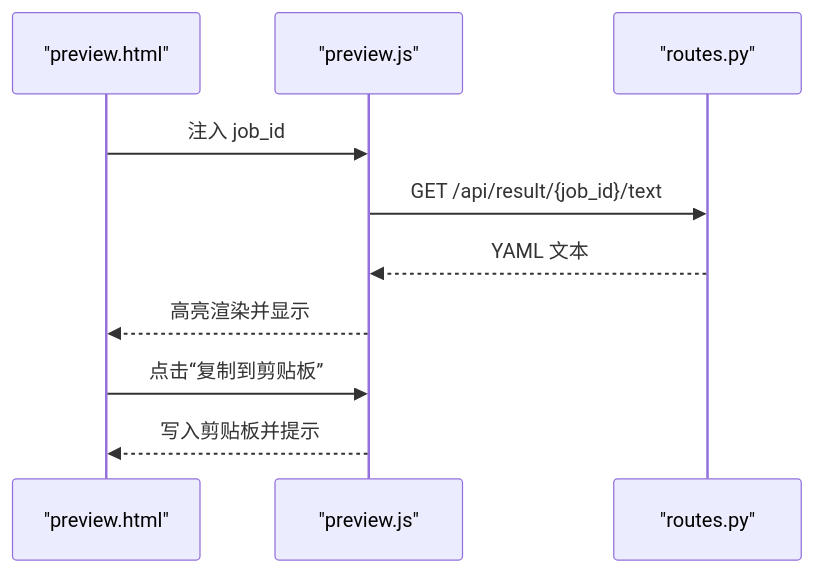
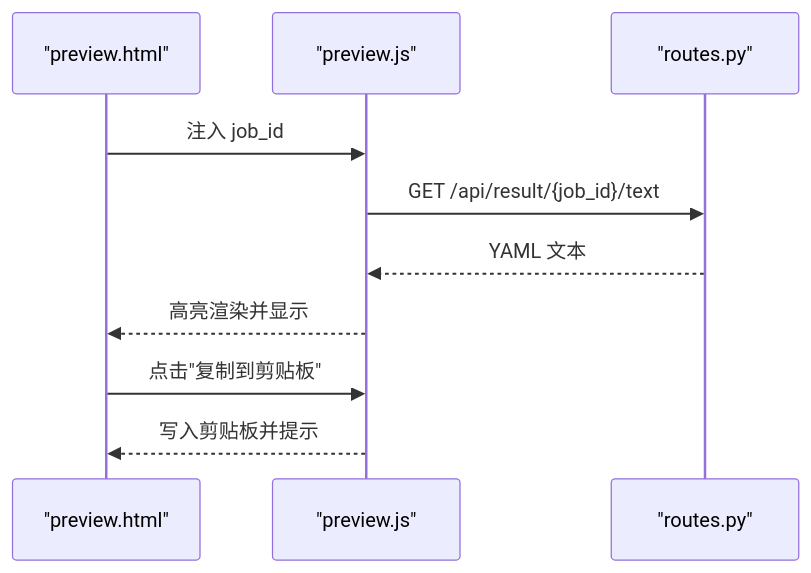
One commit to tjujingzong/Novel-to-Screenplay changed the sixth of 9 diagrams in .qoder/repowiki/zh/content/前端界面/前端界面.md. Above: the diagram before and after it, drawn with Mermaid. The commit also changed other lines of this file and 21 other files, not shown here.

````diff
--- a/.qoder/repowiki/zh/content/前端界面/前端界面.md
+++ b/.qoder/repowiki/zh/content/前端界面/前端界面.md
@@ -279,12 +323,12 @@
 ```mermaid
 sequenceDiagram
 participant P as "preview.html"
 participant PS as "preview.js"
 participant API as "routes.py"
 P->>PS : 注入 job_id
 PS->>API : GET /api/result/{job_id}/text
 API-->>PS : YAML 文本
 PS-->>P : 高亮渲染并显示
-P->>PS : 点击“复制到剪贴板”
+P->>PS : 点击"复制到剪贴板"
 PS-->>P : 写入剪贴板并提示
 ```
````
